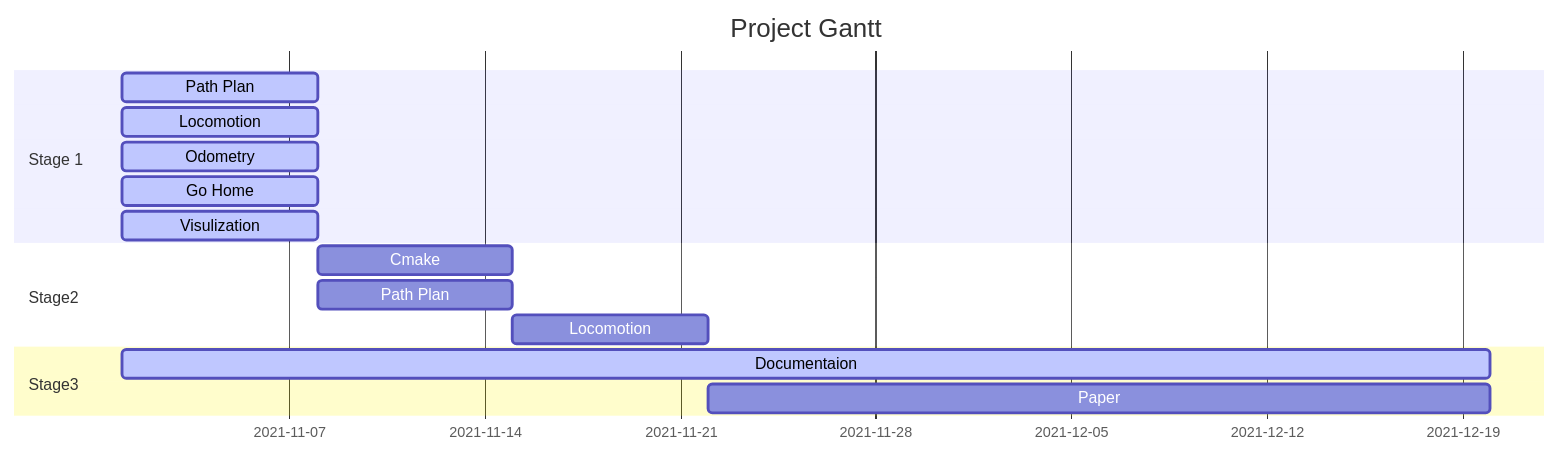
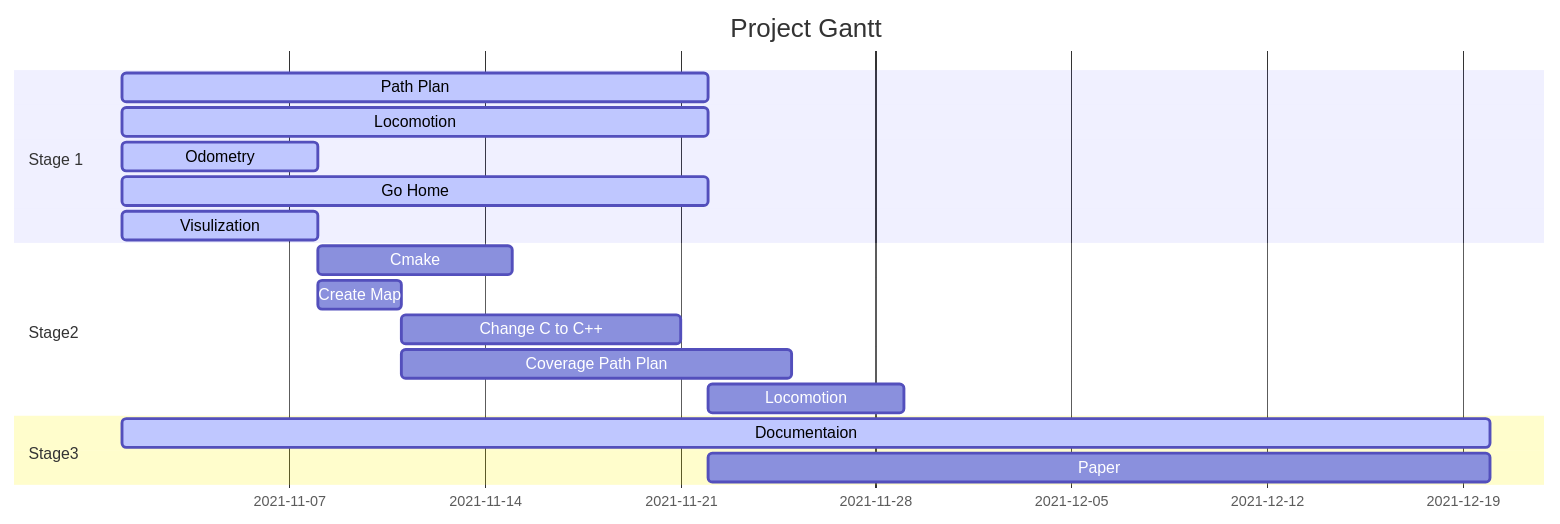
The diagram in README.md (Alexbeast-CN/Robot_navigation_webots), drawn with Mermaid before and after one commit.

Commit message:
update agenda

````diff
--- a/README.md
+++ b/README.md
@@ -11,23 +11,26 @@
 ```mermaid
 gantt
 
 title Project Gantt
 dateFormat YY-MM-DD
 
     section Stage 1
-    Path Plan             :active, des1, 21-11-01, 1w
-    Locomotion            :active, des1, 21-11-01, 1w
+    Path Plan             :active, des2, 21-11-01, 3w
+    Locomotion            :active, des2, 21-11-01, 3w
     Odometry              :active, des1, 21-11-01, 1w
-    Go Home               :active, des1, 21-11-01, 1w
+    Go Home               :active, des2, 21-11-01, 3w
     Visulization          :active, des1, 21-11-01, 1w
 
     section Stage2
-    Cmake                 :des2, after des1, 1w
-    Path Plan             :des2, after des1, 1w
-    Locomotion            :des3, after des2, 1w
+    Cmake                 :des3, after des1, 1w
+    Create Map            :des3, after des1, 3d
+    Change C to C++       :des4, after des3, 10d
+
+    Coverage Path Plan    :des4, after des3, 2w
+    Locomotion            :des5, after des2, 1w
 
     section Stage3
     Documentaion          :active, 21-11-01,7w
-    Paper                 :after des3, 4w
+    Paper                 :after des2, 4w
 
 ```
````
